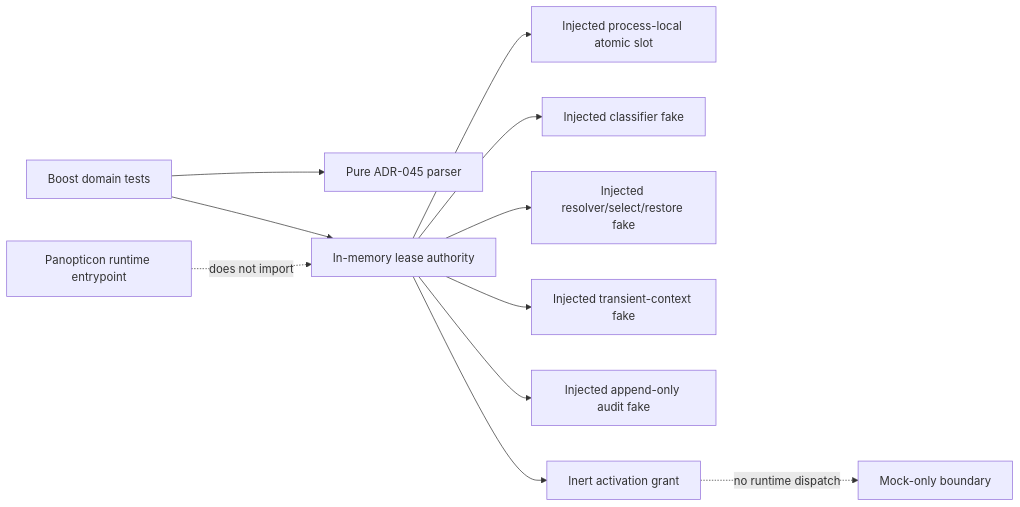
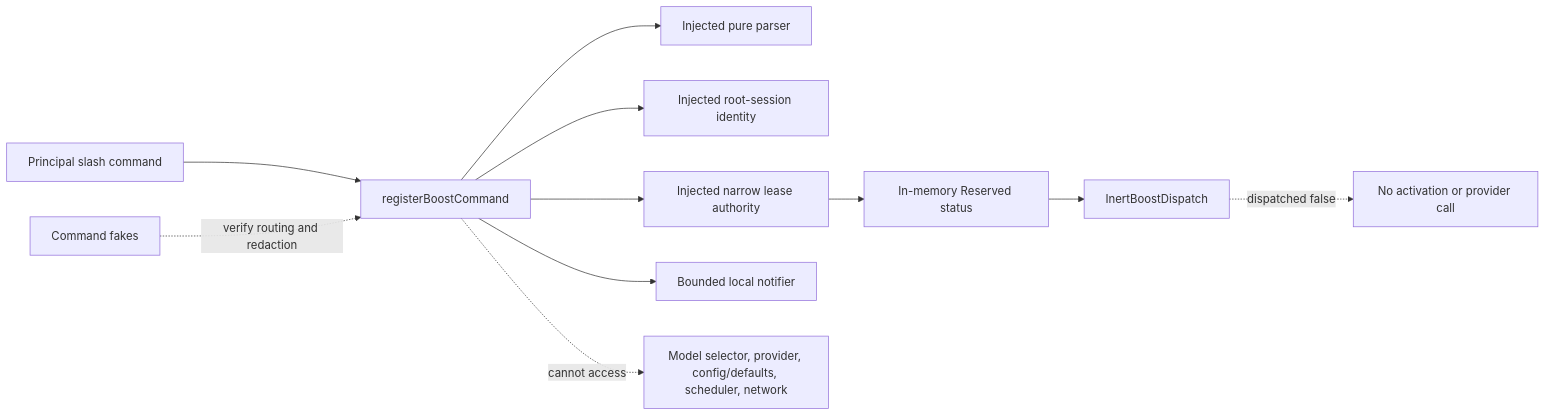
Diagram 12 of 22 in docs/architecture.md (tS7hKamAYL84j91/pi-tools-and-skills), drawn with Mermaid before and after one commit. The commit also changed other lines of this file and 6 other files, not shown here.

Commit message:
feat(panopticon): register inert boost command

````diff
--- a/docs/architecture.md
+++ b/docs/architecture.md
@@ -457,13 +457,13 @@
 ```mermaid
 flowchart LR
-  Tests[Boost domain tests] --> Parser[Pure ADR-045 parser]
-  Tests --> Authority[In-memory lease authority]
-  Authority --> Slot[Injected process-local atomic slot]
-  Authority --> Governance[Injected classifier fake]
-  Authority --> ModelPolicy[Injected resolver/select/restore fake]
-  Authority --> Isolation[Injected transient-context fake]
-  Authority --> Audit[Injected append-only audit fake]
-  Authority --> Grant[Inert activation grant]
-  Grant -. no runtime dispatch .-> Boundary[Mock-only boundary]
-  Runtime[Panopticon runtime entrypoint] -. does not import .-> Authority
+  Principal[Principal slash command] --> Command[registerBoostCommand]
+  Command --> Parser[Injected pure parser]
+  Command --> Identity[Injected root-session identity]
+  Command --> Authority[Injected narrow lease authority]
+  Command --> Notify[Bounded local notifier]
+  Authority --> Reserved[In-memory Reserved status]
+  Reserved --> Inert[InertBoostDispatch]
+  Inert -. dispatched false .-> NoDispatch[No activation or provider call]
+  Command -. cannot access .-> Forbidden[Model selector, provider, config/defaults, scheduler, network]
+  Tests[Command fakes] -. verify routing and redaction .-> Command
 ```
````
